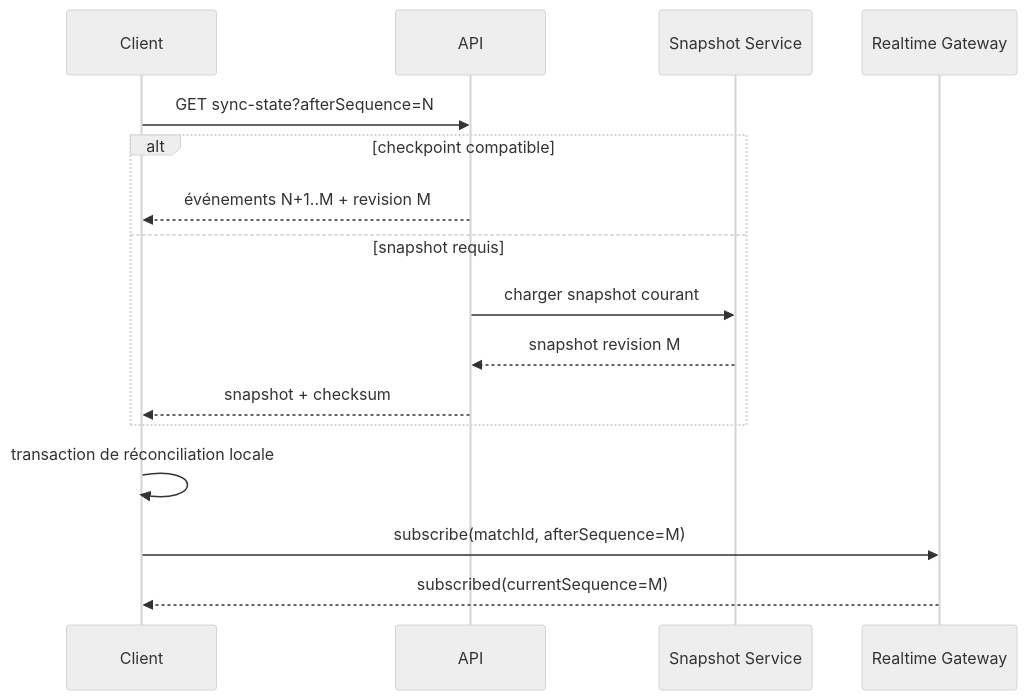
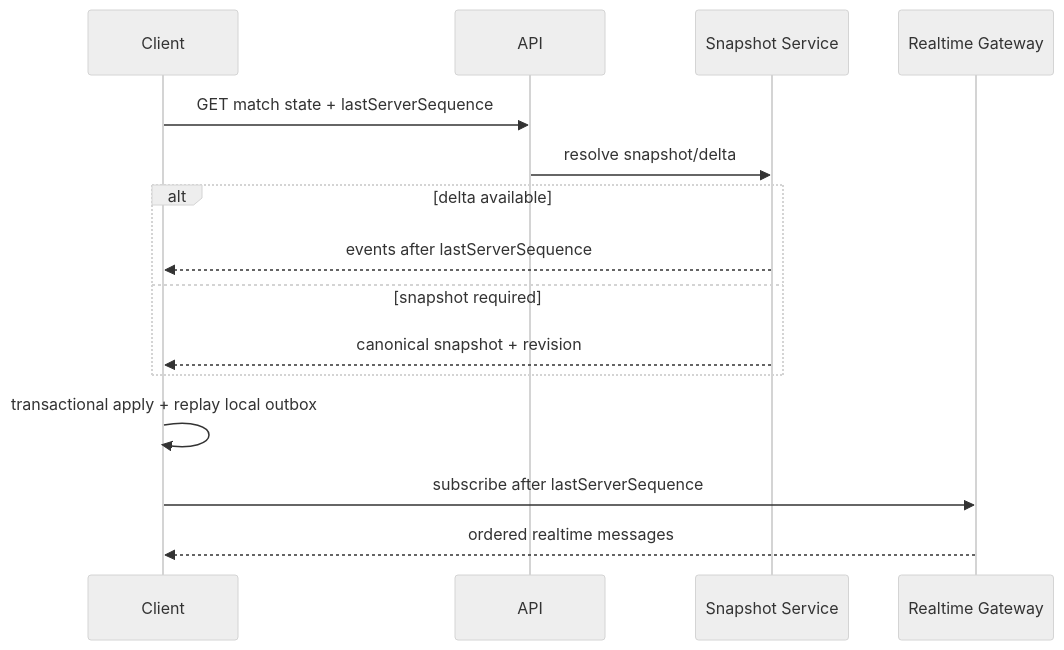
Before and after one commit to denisdelaveau-stat/Volley_statistics: the fifth of 8 diagrams in TO_DO/VolleyLive_Architecture_Data_Synchronization_Implementation_Specification.md, drawn with Mermaid (neutral theme). The commit also changed other lines of this file and 1 other file, not shown here.

First line of the commit message:
TO_DO: data architecture and synchronization spec v1.3.0 (reviewed and aligned)

````diff
--- a/TO_DO/VolleyLive_Architecture_Data_Synchronization_Implementation_Specification.md
+++ b/TO_DO/VolleyLive_Architecture_Data_Synchronization_Implementation_Specification.md
@@ -1055,19 +1122,18 @@
 ```mermaid
 sequenceDiagram
     participant C as Client
     participant A as API
     participant S as Snapshot Service
     participant R as Realtime Gateway
 
-    C->>A: GET sync-state?afterSequence=N
-    alt checkpoint compatible
-        A-->>C: événements N+1..M + revision M
-    else snapshot requis
-        A->>S: charger snapshot courant
-        S-->>A: snapshot revision M
-        A-->>C: snapshot + checksum
+    C->>A: GET match state + lastServerSequence
+    A->>S: resolve snapshot/delta
+    alt delta available
+        S-->>C: events after lastServerSequence
+    else snapshot required
+        S-->>C: canonical snapshot + revision
     end
-    C->>C: transaction de réconciliation locale
-    C->>R: subscribe(matchId, afterSequence=M)
-    R-->>C: subscribed(currentSequence=M)
+    C->>C: transactional apply + replay local outbox
+    C->>R: subscribe after lastServerSequence
+    R-->>C: ordered realtime messages
 ```
````
